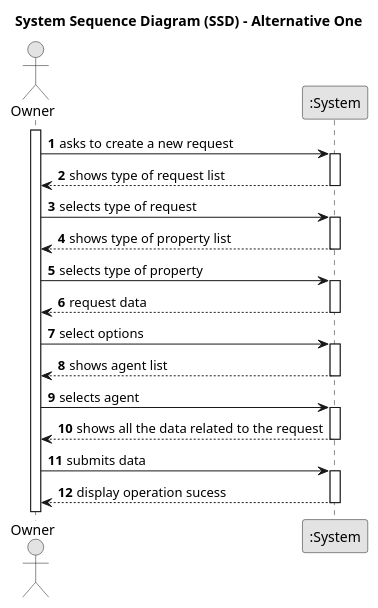
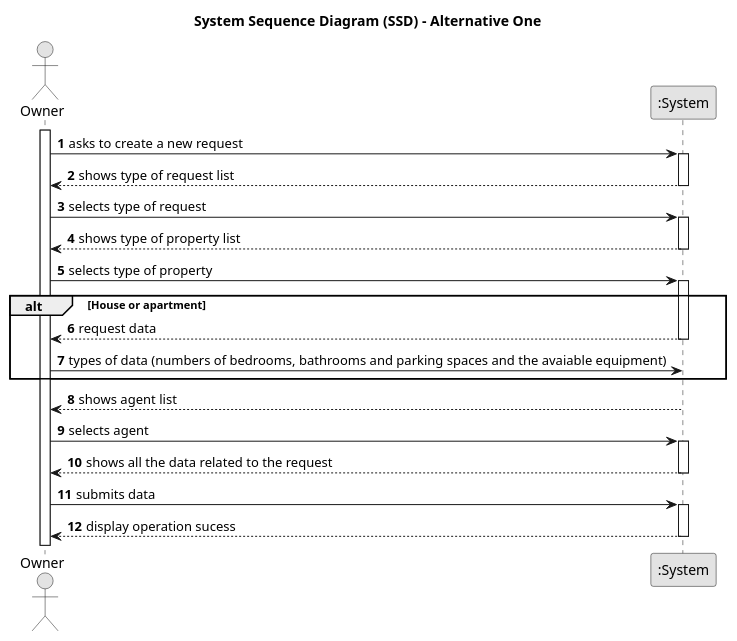
The diagram in docs/sprintA/us004/01.requirements-engineering/puml/us004-system-sequence-diagram-alternative-one.puml (Rodrick0209/ISEP-LAPR2-22-23), drawn with PlantUML before and after one commit.

Commit message:
ssd file us 004

```diff
--- a/docs/sprintA/us004/01.requirements-engineering/puml/us004-system-sequence-diagram-alternative-one.puml
+++ b/docs/sprintA/us004/01.requirements-engineering/puml/us004-system-sequence-diagram-alternative-one.puml
@@ -1,57 +1,61 @@
 @startuml
 skinparam monochrome true
 skinparam packageStyle rectangle
 skinparam shadowing false
 
 title System Sequence Diagram (SSD) - Alternative One
 
 autonumber
 
 actor "Owner" as Employee
 participant ":System" as System
 
 activate Employee
 
     Employee -> System : asks to create a new request
     activate System
 
         System --> Employee : shows type of request list
     deactivate System
 
     Employee -> System : selects type of request
     activate System
 
         System --> Employee : shows type of property list
 
     deactivate System
 
     Employee -> System : selects type of property
+
+alt House or apartment
     activate System
 
         System --> Employee : request data
     deactivate System
 
-    Employee -> System :select options
 
+    Employee -> System : types of data (numbers of bedrooms, bathrooms and parking spaces and the avaiable equipment)
+
+end
 
      activate System
 
         System --> Employee : shows agent list
     deactivate System
 
     Employee -> System :  selects agent
 
      activate System
 
         System --> Employee : shows all the data related to the request
      deactivate System
 
      Employee -> System : submits data
 
      activate System
 
             System --> Employee : display operation sucess
      deactivate System
 
 
 @enduml
```
